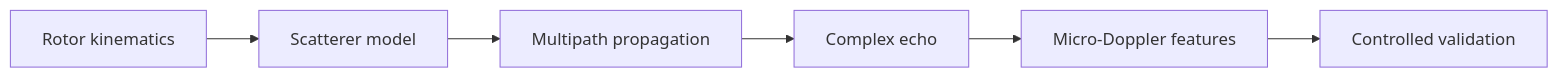
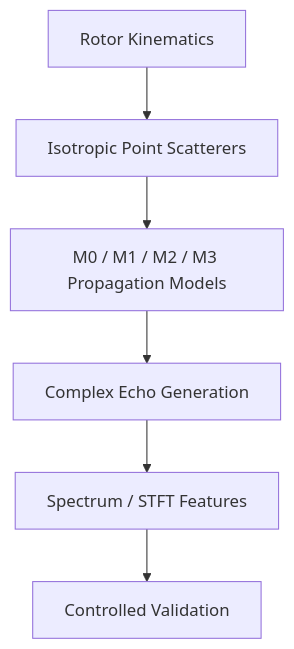
Before and after one commit to feiranzhao15077/Research-Portfolio: the diagram in projects/lowalt-md/README.md, drawn with Mermaid. The commit also changed other lines of this file, not shown here.

Commit message:
docs(profile): standardize LowAlt-MD project showcase

````diff
--- a/projects/lowalt-md/README.md
+++ b/projects/lowalt-md/README.md
@@ -25,11 +28,11 @@
 ```mermaid
-flowchart LR
-    accTitle: LowAlt-MD modeling pipeline
-    accDescr: A low-altitude rotor target is modeled as moving scattering cells, propagated through a flat-ground multipath model, converted to micro-Doppler features, and evaluated with controlled recognition protocols.
+flowchart TB
+    accTitle: LowAlt-MD Mechanism Study Pipeline
+    accDescr: Rotor kinematics drive isotropic point scatterers through layered propagation models before complex echo generation, spectral analysis, and controlled validation.
 
-    rotor_kinematics["Rotor kinematics"] --> scatterer_model["Scatterer model"]
-    scatterer_model --> multipath_propagation["Multipath propagation"]
-    multipath_propagation --> complex_echo["Complex echo"]
-    complex_echo --> micro_doppler["Micro-Doppler features"]
-    micro_doppler --> controlled_validation["Controlled validation"]
+    rotor_kinematics["Rotor Kinematics"] --> point_scatterers["Isotropic Point Scatterers"]
+    point_scatterers --> propagation_models["M0 / M1 / M2 / M3 Propagation Models"]
+    propagation_models --> complex_echo["Complex Echo Generation"]
+    complex_echo --> spectrum_stft["Spectrum / STFT Features"]
+    spectrum_stft --> controlled_validation["Controlled Validation"]
 ```
````
